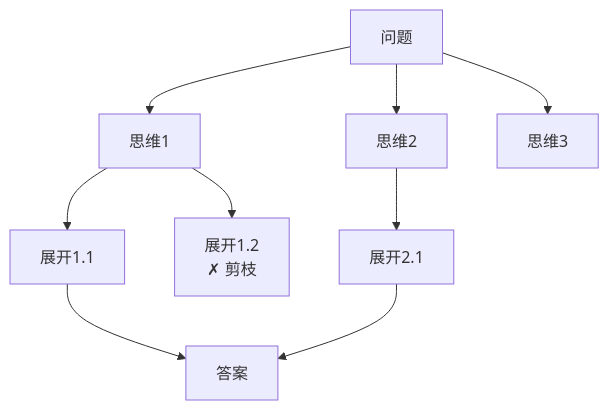
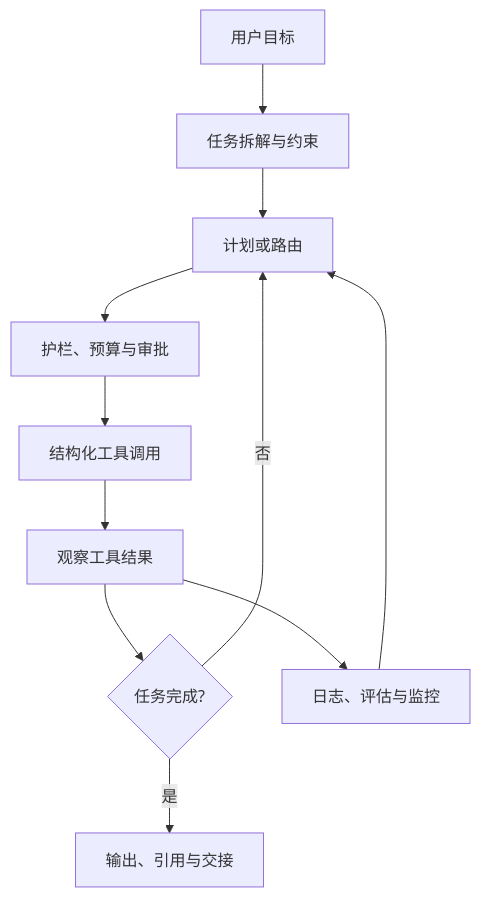
Before and after one commit to likebeans/notes-on-llms: the diagram in docs/llms/agent/index.md, drawn with Mermaid. The commit also changed other lines of this file and 3 other files, not shown here.

````diff
--- a/docs/llms/agent/index.md
+++ b/docs/llms/agent/index.md
@@ -81,13 +36,13 @@
 ```mermaid
 flowchart TB
-    ROOT[问题] --> T1[思维1]
-    ROOT --> T2[思维2]
-    ROOT --> T3[思维3]
-    
-    T1 --> T1A[展开1.1]
-    T1 --> T1B[展开1.2<br/>✗ 剪枝]
-    T2 --> T2A[展开2.1]
-    
-    T1A --> ANS[答案]
-    T2A --> ANS
+  User[用户目标] --> Intent[任务拆解与约束]
+  Intent --> Plan[计划或路由]
+  Plan --> Guard[护栏、预算与审批]
+  Guard --> Tool[结构化工具调用]
+  Tool --> Observe[观察工具结果]
+  Observe --> Decide{任务完成?}
+  Decide -- 否 --> Plan
+  Decide -- 是 --> Answer[输出、引用与交接]
+  Observe --> Trace[日志、评估与监控]
+  Trace --> Plan
 ```
````
